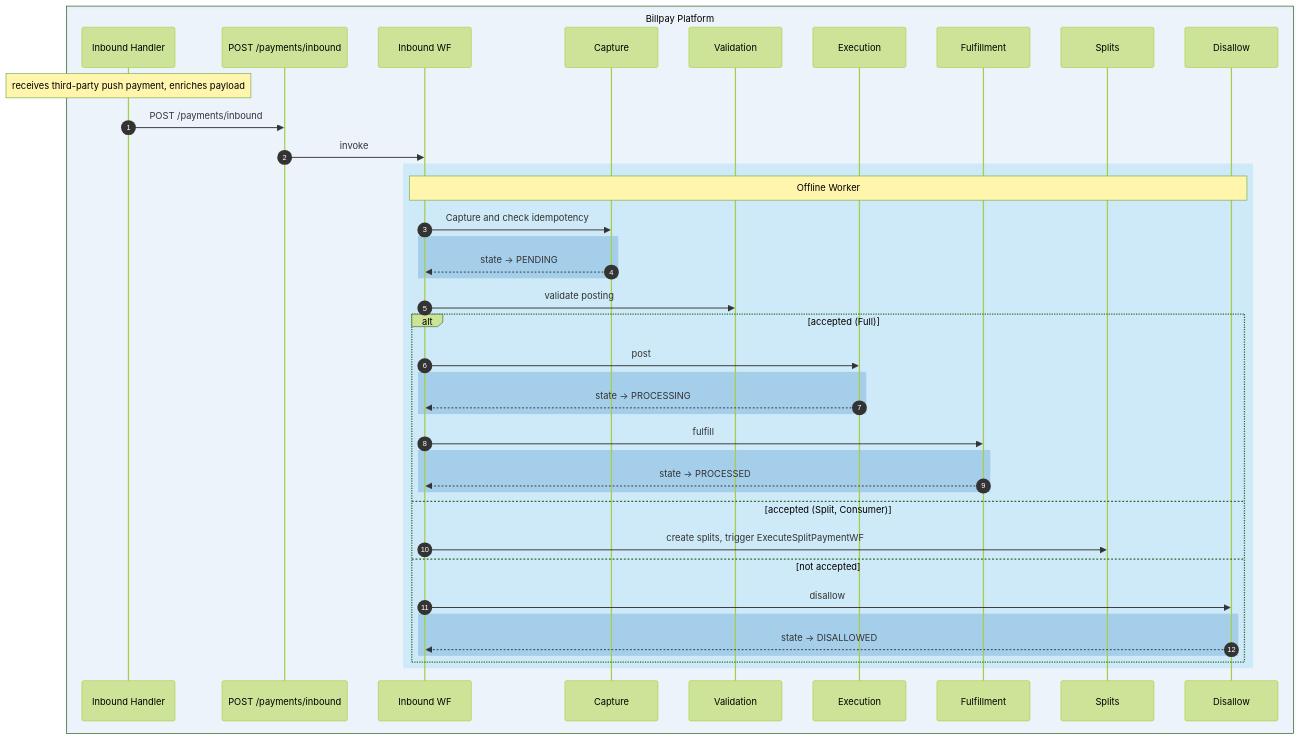
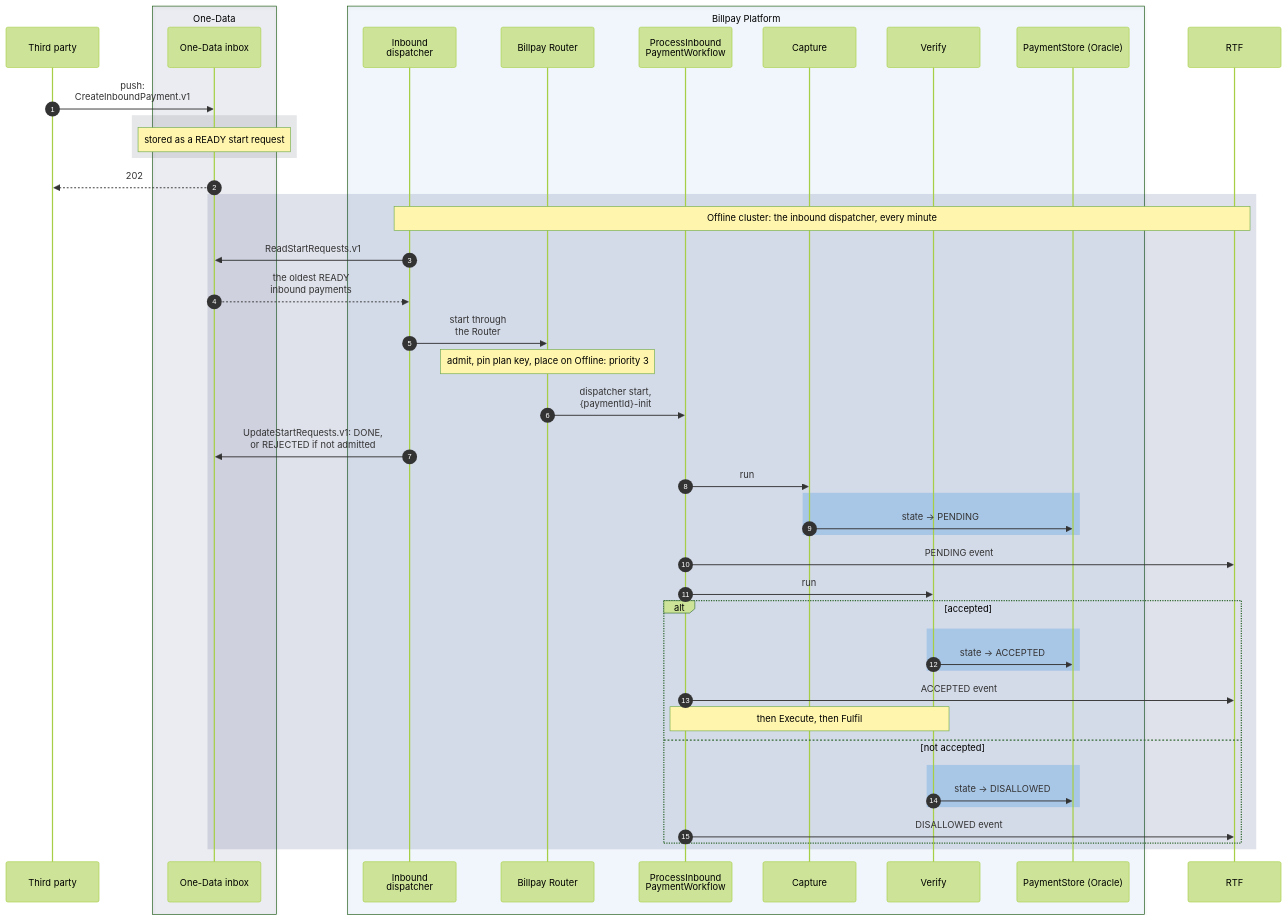
The ninth of 13 diagrams in website/docs/design/sequence-diagrams.md (arunav-bhattacharya/billpay-book), drawn with Mermaid (forest theme) before and after one commit. The commit also changed other lines of this file and 50 other files, not shown here.

````diff
--- a/website/docs/design/sequence-diagrams.md
+++ b/website/docs/design/sequence-diagrams.md
@@ -664,51 +579,60 @@
 ```mermaid
 ---
 config:
   fontFamily: "BentonSansUI, Helvetica, Arial, sans-serif"
   fontSize: 15
 ---
 sequenceDiagram
   autonumber
 
-  box rgba(1,111,208,0.06) Billpay Platform
-    participant UPH as Inbound Handler
-    participant API as POST /payments/inbound
-    participant IB as Inbound WF
-    participant IDEMP as Capture
-    participant PVP as Validation
-    participant PPS as Execution
-    participant PFL as Fulfillment
-    participant PSC as Splits
-    participant PRJ as Disallow
+  participant TP as Third party
+
+  box rgba(0,23,90,0.07) One-Data
+    participant IN as One-Data inbox
   end
 
-  Note over UPH: receives third-party push payment, enriches payload
-  UPH->>API: POST /payments/inbound
-  API->>IB: invoke
+  box rgba(0,111,207,0.05) Billpay Platform
+    participant ID as Inbound<br/>dispatcher
+    participant R as Billpay Router
+    participant WF as ProcessInbound<br/>PaymentWorkflow
+    participant CAP as Capture
+    participant VER as Verify
+    participant PS as PaymentStore (Oracle)
+  end
 
-  rect rgba(0,163,224,0.13)
-    Note over IB,PRJ: Offline Worker
-    IB->>IDEMP: Capture and check idempotency
-    rect rgba(0,98,182,0.20)
-      IDEMP-->>IB: state → PENDING
+  participant RTF
+
+  TP->>IN: push:<br/>CreateInboundPayment.v1
+  rect rgba(83,86,90,0.14)
+    Note over IN: stored as a READY start request
+  end
+  IN-->>TP: 202
+
+  rect rgba(0,23,90,0.12)
+    Note over ID,RTF: Offline cluster: the inbound dispatcher, every minute
+    ID->>IN: ReadStartRequests.v1
+    IN-->>ID: the oldest READY<br/>inbound payments
+    ID->>R: start through<br/>the Router
+    Note over R: admit, pin plan key, place on Offline: priority 3
+    R->>WF: dispatcher start,<br/>{paymentId}-init
+    ID->>IN: UpdateStartRequests.v1: DONE,<br/>or REJECTED if not admitted
+    WF->>CAP: run
+    rect rgba(102,169,226,0.40)
+      CAP->>PS: state → PENDING
     end
-    IB->>PVP: validate posting
-    alt accepted (Full)
-      IB->>PPS: post
-      rect rgba(0,98,182,0.20)
-        PPS-->>IB: state → PROCESSING
+    WF->>RTF: PENDING event
+    WF->>VER: run
+    alt accepted
+      rect rgba(102,169,226,0.40)
+        VER->>PS: state → ACCEPTED
       end
-      IB->>PFL: fulfill
-      rect rgba(0,98,182,0.20)
-        PFL-->>IB: state → PROCESSED
+      WF->>RTF: ACCEPTED event
+      Note over WF,VER: then Execute, then Fulfil
+    else not accepted
+      rect rgba(102,169,226,0.40)
+        VER->>PS: state → DISALLOWED
       end
-    else accepted (Split, Consumer)
-      IB->>PSC: create splits, trigger ExecuteSplitPaymentWF
-    else not accepted
-      IB->>PRJ: disallow
-      rect rgba(0,98,182,0.20)
-        PRJ-->>IB: state → DISALLOWED
-      end
+      WF->>RTF: DISALLOWED event
     end
   end
 ```
````
